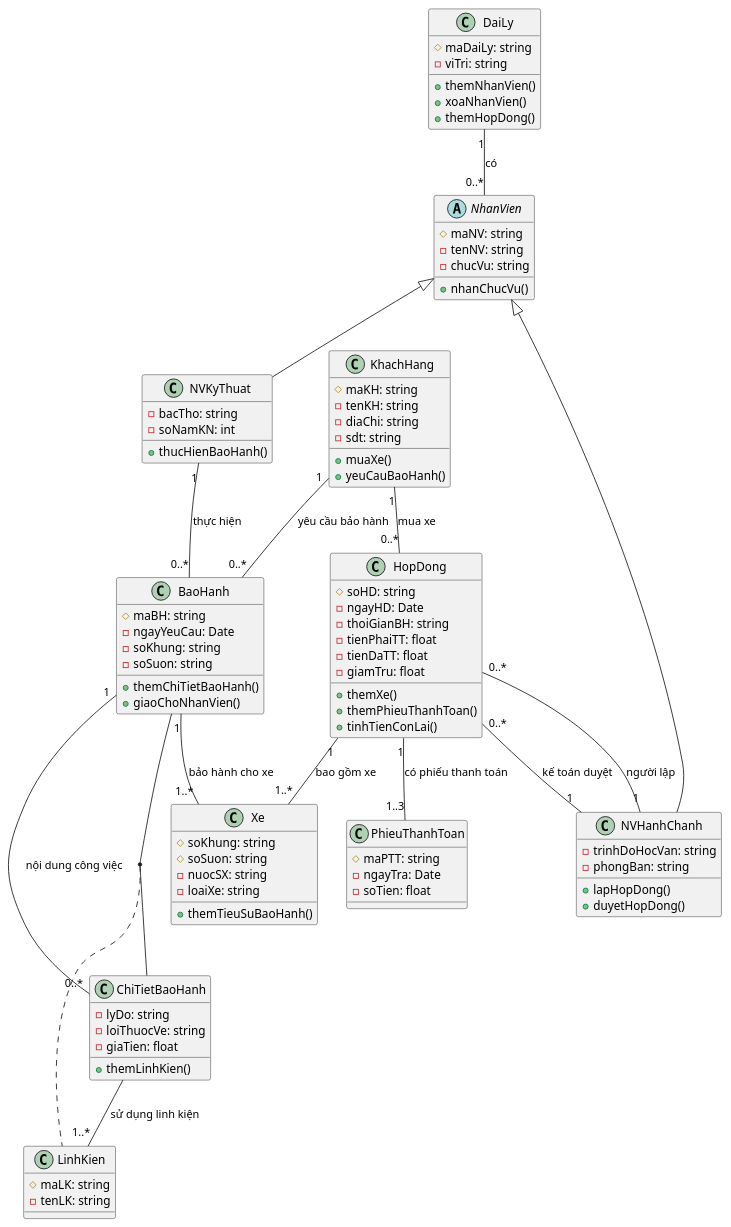
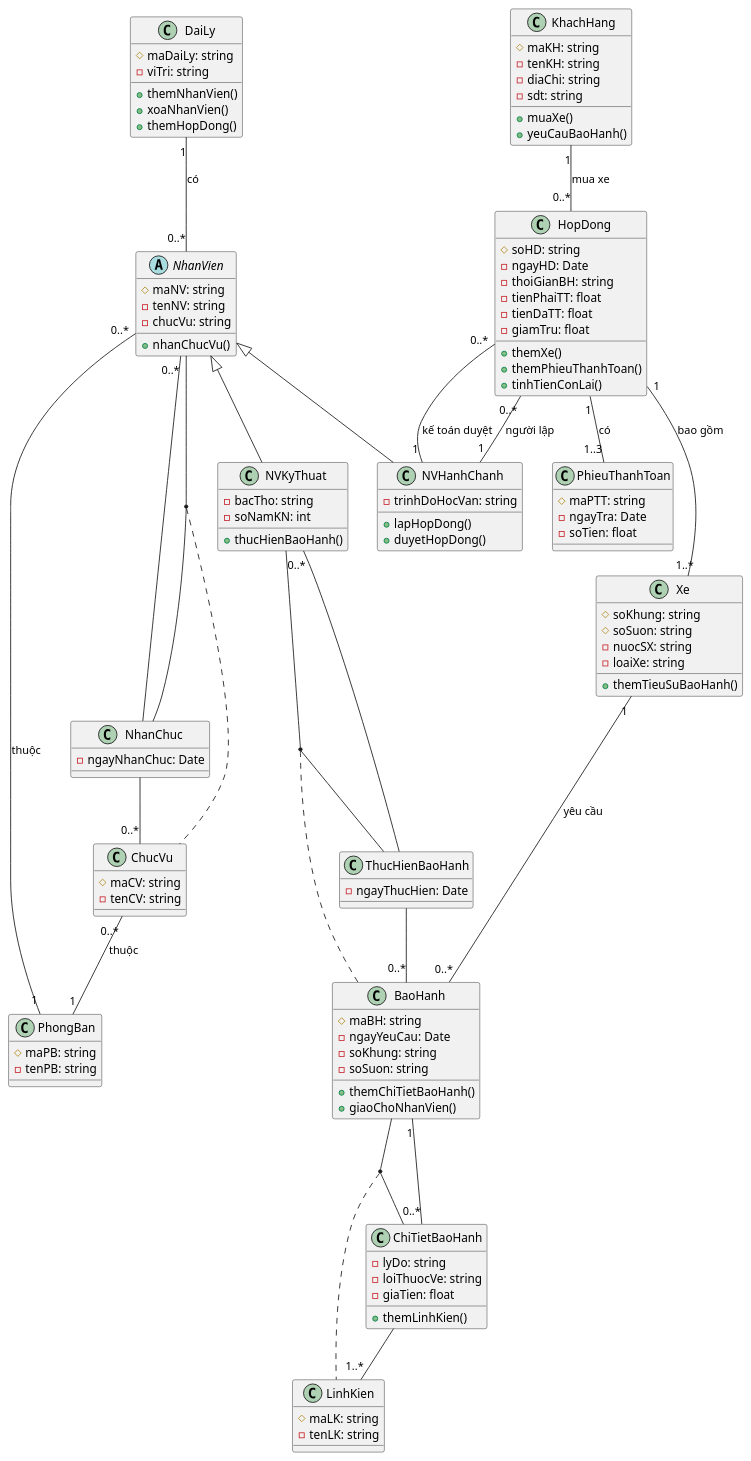
The diagram in uit/courses/IE103/exercises/BTQT2/assets/BTQT2_bai2-CD.puml (leanhvu21042001/LT.K2025.2-CNTT), drawn with PlantUML before and after one commit.

```diff
--- a/uit/courses/IE103/exercises/BTQT2/assets/BTQT2_bai2-CD.puml
+++ b/uit/courses/IE103/exercises/BTQT2/assets/BTQT2_bai2-CD.puml
@@ -1,106 +1,153 @@
 @startuml "Bai 2. Class Diagram"
 
 ''skinparam classAttributeIconSize 0
 skinparam defaultFontName "Iosevka"
 
 class DaiLy {
   # maDaiLy: string
   - viTri: string
   + themNhanVien()
   + xoaNhanVien()
   + themHopDong()
 }
 
-' --- Inheritance ---
+' --- Các Class mới dựa theo ERD ---
+class PhongBan {
+  # maPB: string
+  - tenPB: string
+}
+
+class ChucVu {
+  # maCV: string
+  - tenCV: string
+}
+
+' --- Inheritance (Kế thừa) ---
+' NVKyThuat bay gio khong con giu 'chucVu' truc tiep
 abstract class NhanVien {
   # maNV: string
   - tenNV: string
   - chucVu: string
   + nhanChucVu()
 }
+' NVHanhChanh khong con giu 'phongBan' truc tiep
 class NVHanhChanh extends NhanVien {
   - trinhDoHocVan: string
-  - phongBan: string
   + lapHopDong()
   + duyetHopDong()
 }
 class NVKyThuat extends NhanVien {
   - bacTho: string
   - soNamKN: int
   + thucHienBaoHanh()
 }
 ' ------------------
 
 class KhachHang {
   # maKH: string
   - tenKH: string
   - diaChi: string
   - sdt: string
   + muaXe()
   + yeuCauBaoHanh()
 }
 
 class HopDong {
   # soHD: string
   - ngayHD: Date
   - thoiGianBH: string
   - tienPhaiTT: float
   - tienDaTT: float
   - giamTru: float
   + themXe()
   + themPhieuThanhToan()
   + tinhTienConLai()
 }
 
 class Xe {
   # soKhung: string
   # soSuon: string
   - nuocSX: string
   - loaiXe: string
   + themTieuSuBaoHanh()
 }
 
 class PhieuThanhToan {
   # maPTT: string
   - ngayTra: Date
   - soTien: float
 }
 
 class BaoHanh {
   # maBH: string
   - ngayYeuCau: Date
   - soKhung: string
   - soSuon: string
   + themChiTietBaoHanh()
   + giaoChoNhanVien()
 }
 
 class LinhKien {
   # maLK: string
   - tenLK: string
 }
 
-' --- Association Class ---
+' --- Association Classes (Dựa trên ERD mới) ---
+
+' ERD: CHUCVU_NHANVIEN (n-n)
+class NhanChuc {
+  ' Luu thong tin ve chuc vu cua nhan vien
+  - ngayNhanChuc: Date
+}
+
+' ERD: THUCHIEN_BH (n-n)
+' Mot bao hanh co the do nhieu NV Ky Thuat thuc hien
+class ThucHienBaoHanh {
+  - ngayThucHien: Date
+}
+
+' ERD: CHITIET_BH (n-n)
 class ChiTietBaoHanh {
   - lyDo: string
   - loiThuocVe: string
   - giaTien: float
   + themLinhKien()
 }
 
 ' --- Associations ---
 DaiLy "1" -- "0..*" NhanVien : "có"
 
+' --- Quan hệ mới theo ERD ---
+' ERD: NV_PHONGBAN (1-n)
+NhanVien "0..*" -- "1" PhongBan : "thuộc"
+
+' ERD: CHUCVU_PHONGBAN (1-n)
+ChucVu "0..*" -- "1" PhongBan : "thuộc"
+
+' ERD: CHUCVU_NHANVIEN (n-n)
+(NhanVien, NhanChuc) .. ChucVu
+NhanVien "0..*" -- NhanChuc
+NhanChuc -- "0..*" ChucVu
+
+' --- Các quan hệ logic nghiệp vụ ---
 KhachHang "1" -- "0..*" HopDong : "mua xe"
+' Logic: Hop dong do NV Hanh Chanh dam nhiem
 HopDong "0..*" -- "1" NVHanhChanh : "kế toán duyệt"
 HopDong "0..*" -- "1" NVHanhChanh : "người lập"
-HopDong "1" -- "1..*" Xe : "bao gồm xe"
-HopDong "1" -- "1..3" PhieuThanhToan : "có phiếu thanh toán"
-NVKyThuat "1" -- "0..*" BaoHanh : "thực hiện"
+HopDong "1" -- "1..*" Xe : "bao gồm"
+HopDong "1" -- "1..3" PhieuThanhToan : "có"
 
-KhachHang "1" -- "0..*" BaoHanh : "yêu cầu bảo hành"
-BaoHanh "1" -- "1..*" Xe : "bảo hành cho xe"
+' ERD: YEUCAU_BH (1-n)
+Xe "1" -- "0..*" BaoHanh : "yêu cầu"
+' ERD: CHITIET_BH (n-n)
 (BaoHanh, ChiTietBaoHanh) .. LinhKien
-BaoHanh "1" -- "0..*" ChiTietBaoHanh: "nội dung công việc"
-ChiTietBaoHanh -- "1..*" LinhKien: "sử dụng linh kiện"
+BaoHanh "1" -- "0..*" ChiTietBaoHanh
+ChiTietBaoHanh -- "1..*" LinhKien
+
+' ERD: THUCHIEN_BH (n-n)
+' Logic: Bao hanh do NV Ky Thuat thuc hien
+(NVKyThuat, ThucHienBaoHanh) .. BaoHanh
+NVKyThuat "0..*" -- ThucHienBaoHanh
+ThucHienBaoHanh -- "0..*" BaoHanh
+
 @enduml
```
